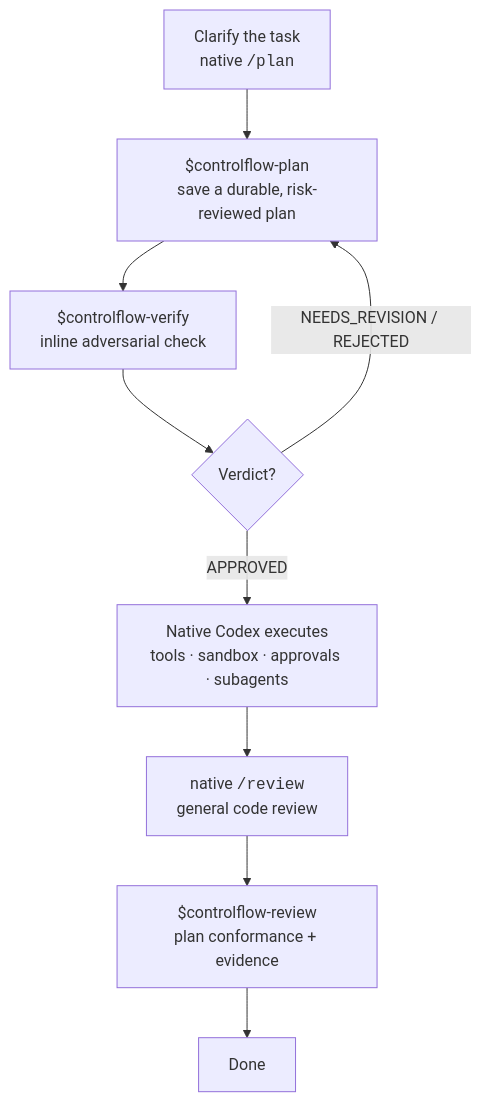
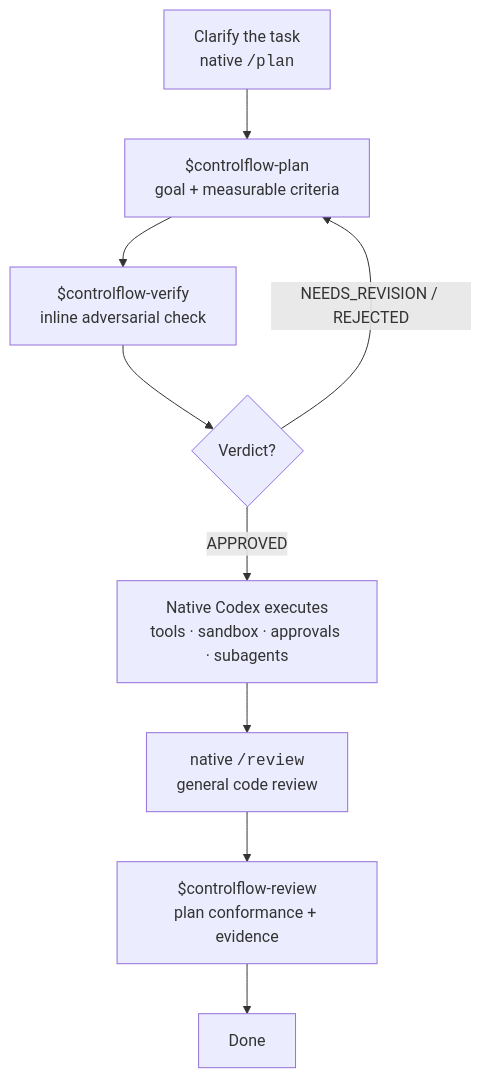
The first of 2 diagrams in README.md (Smithbox-ai/ControlFlowCodex), drawn with Mermaid before and after one commit. The commit also changed other lines of this file and 6 other files, not shown here.

````diff
--- a/README.md
+++ b/README.md
@@ -15,11 +19,11 @@
 ```mermaid
 flowchart TD
-    A["Clarify the task<br/>native <code>/plan</code>"] --> B["$controlflow-plan<br/>save a durable, risk-reviewed plan"]
+    A["Clarify the task<br/>native <code>/plan</code>"] --> B["$controlflow-plan<br/>goal + measurable criteria"]
     B --> C["$controlflow-verify<br/>inline adversarial check"]
     C --> D{"Verdict?"}
     D -->|"NEEDS_REVISION / REJECTED"| B
     D -->|"APPROVED"| E["Native Codex executes<br/>tools · sandbox · approvals · subagents"]
     E --> F["native <code>/review</code><br/>general code review"]
     F --> G["$controlflow-review<br/>plan conformance + evidence"]
     G --> H["Done"]
 ```
````
